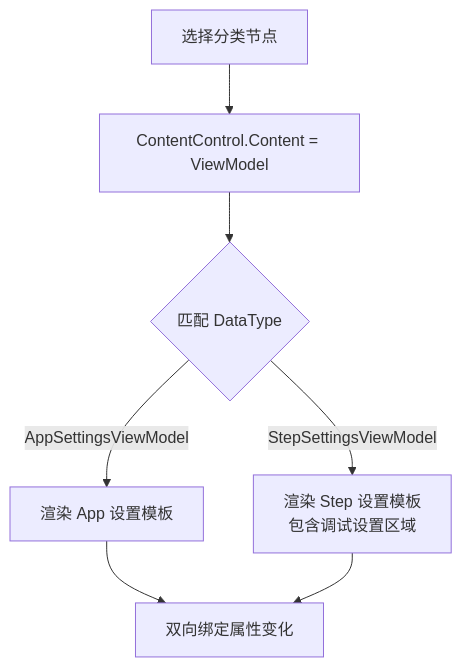
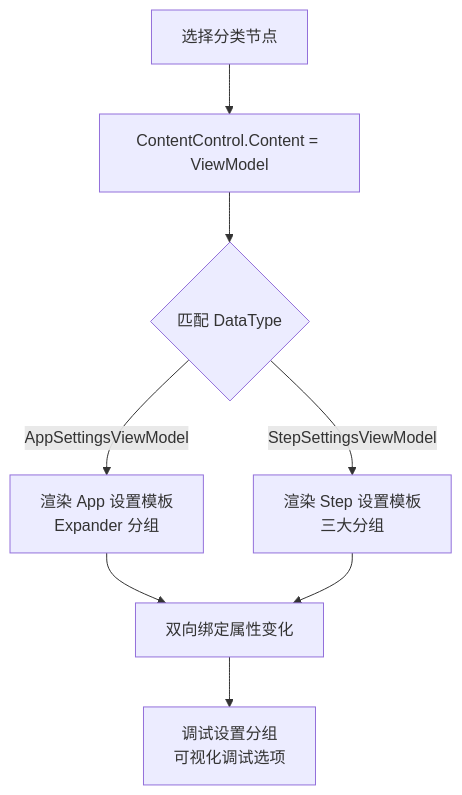
One commit to yooxii/ShaoLuAuto changed the sixth of 8 diagrams in .qoder/repowiki/zh/content/系统设置管理.md. Above: the diagram before and after it, drawn with Mermaid. The commit also changed other lines of this file and 33 other files, not shown here.

````diff
--- a/.qoder/repowiki/zh/content/系统设置管理.md
+++ b/.qoder/repowiki/zh/content/系统设置管理.md
@@ -368,9 +364,10 @@
 ```mermaid
 flowchart TD
 A["选择分类节点"] --> B["ContentControl.Content = ViewModel"]
 B --> C{"匹配 DataType"}
-C --> |AppSettingsViewModel| D["渲染 App 设置模板"]
-C --> |StepSettingsViewModel| E["渲染 Step 设置模板<br/>包含调试设置区域"]
+C --> |AppSettingsViewModel| D["渲染 App 设置模板<br/>Expander 分组"]
+C --> |StepSettingsViewModel| E["渲染 Step 设置模板<br/>三大分组"]
 D --> F["双向绑定属性变化"]
 E --> F
+F --> G["调试设置分组<br/>可视化调试选项"]
 ```
````
